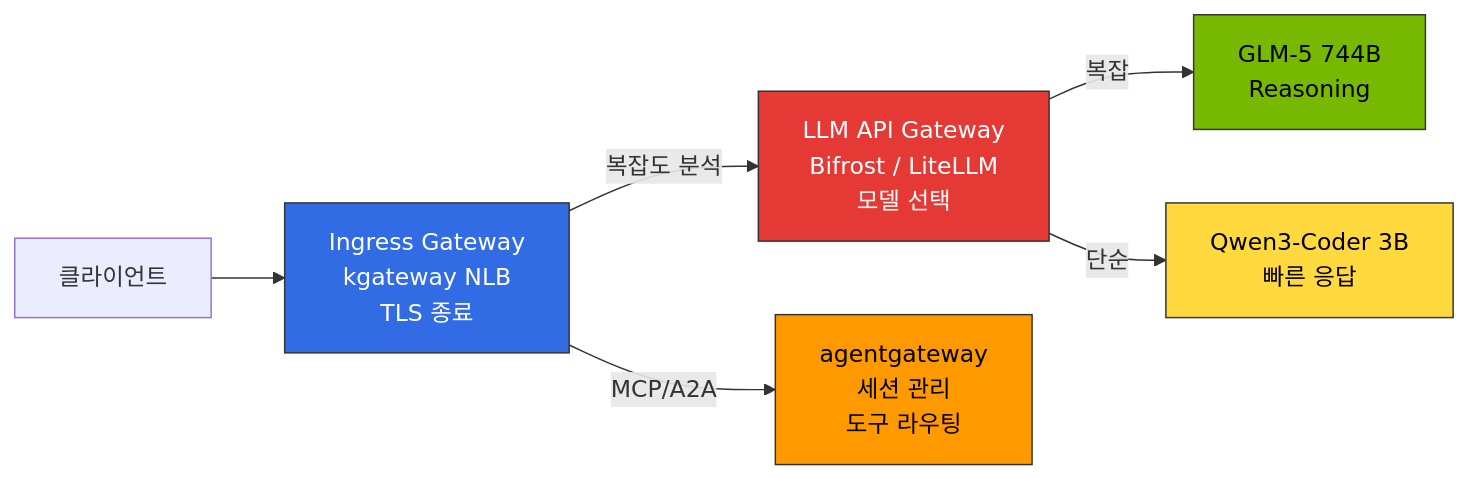
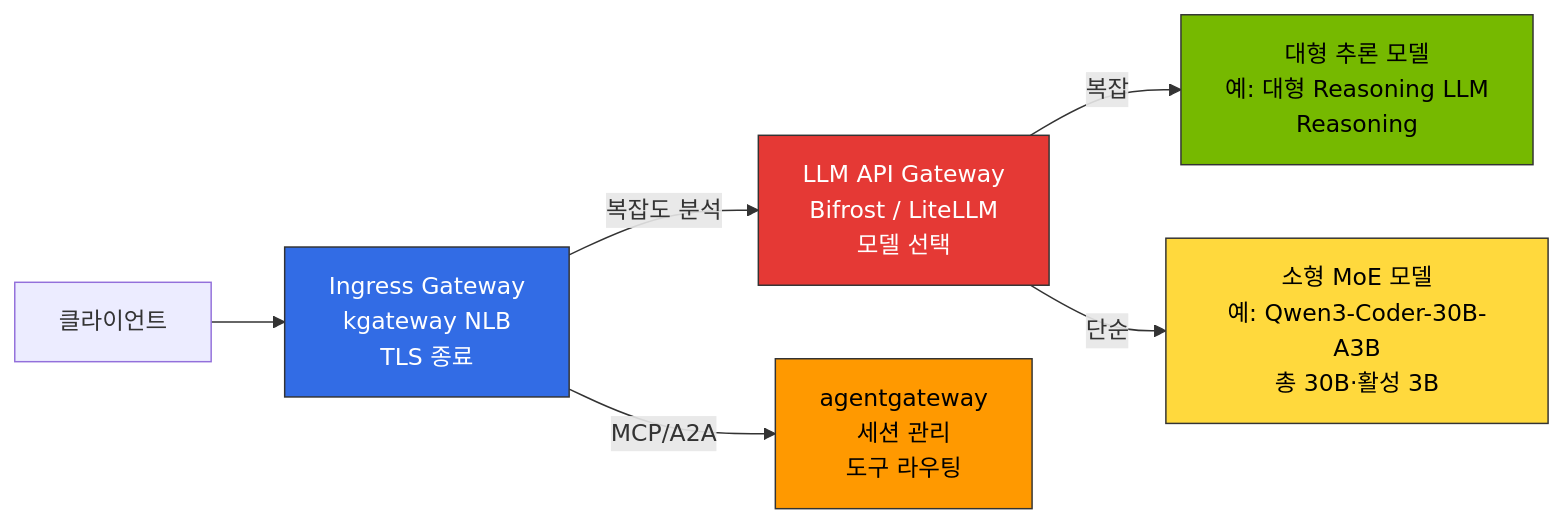
The first of 4 diagrams in i18n/ko/docusaurus-plugin-content-docs/current/agentic-ai-platform/model-serving/inference-routing/routing-strategy.md (devfloor9/engineering-playbook), drawn with Mermaid before and after one commit. The commit also changed other lines of this file and 37 other files, not shown here.

````diff
--- a/i18n/ko/docusaurus-plugin-content-docs/current/agentic-ai-platform/model-serving/inference-routing/routing-strategy.md
+++ b/i18n/ko/docusaurus-plugin-content-docs/current/agentic-ai-platform/model-serving/inference-routing/routing-strategy.md
@@ -59,14 +59,14 @@
 ```mermaid
 graph LR
     Client[클라이언트] --> IGW[Ingress Gateway<br/>kgateway NLB<br/>TLS 종료]
     IGW -->|복잡도 분석| IFG[LLM API Gateway<br/>Bifrost / LiteLLM<br/>모델 선택]
-    IFG -->|복잡| LLM[GLM-5 744B<br/>Reasoning]
-    IFG -->|단순| SLM[Qwen3-Coder 3B<br/>빠른 응답]
+    IFG -->|복잡| LLM[대형 추론 모델<br/>예: 대형 Reasoning LLM<br/>Reasoning]
+    IFG -->|단순| SLM[소형 MoE 모델<br/>예: Qwen3-Coder-30B-A3B<br/>총 30B·활성 3B]
     IGW -->|MCP/A2A| AGW[agentgateway<br/>세션 관리<br/>도구 라우팅]
 
     style IGW fill:#326ce5,stroke:#333,color:#fff
     style IFG fill:#e53935,stroke:#333,color:#fff
     style AGW fill:#ff9900,stroke:#333,color:#000
     style LLM fill:#76b900,stroke:#333,color:#000
     style SLM fill:#ffd93d,stroke:#333,color:#000
 ```
````
